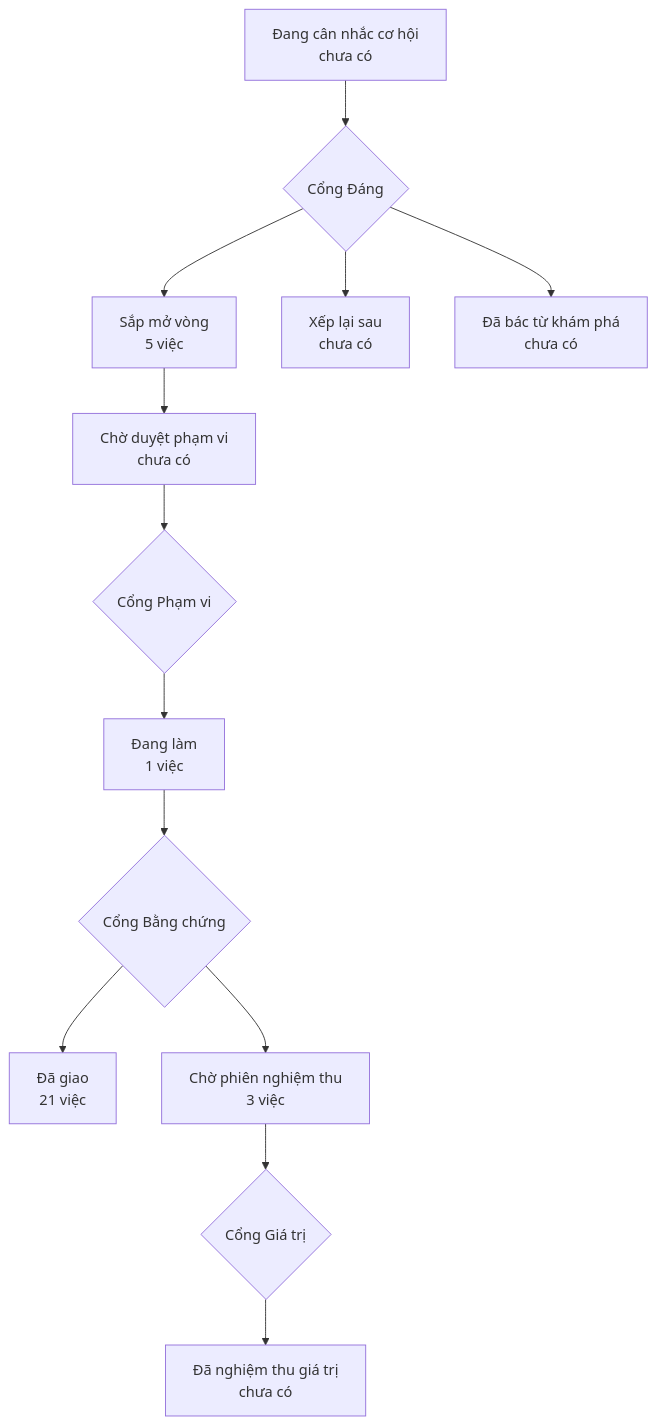
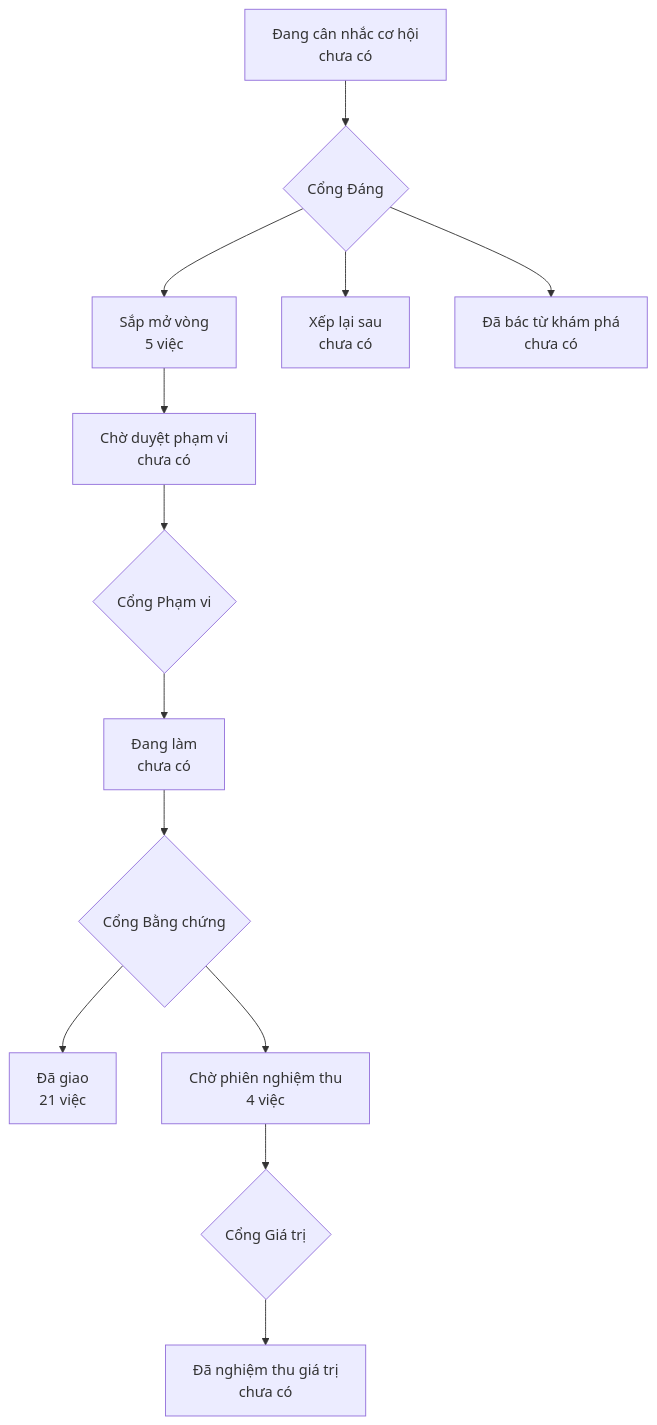
The diagram in PRODUCT-MAP.md (phanlemanh/onehub-invest), drawn with Mermaid before and after one commit. The commit also changed other lines of this file and 4 other files, not shown here.

````diff
--- a/PRODUCT-MAP.md
+++ b/PRODUCT-MAP.md
@@ -7,12 +7,12 @@
 ```mermaid
 flowchart TD
   A["Đang cân nhắc cơ hội<br/>chưa có"] --> GD{"Cổng Đáng"}
   GD --> B["Sắp mở vòng<br/>5 việc"]
   GD --> XL["Xếp lại sau<br/>chưa có"]
   GD --> DB["Đã bác từ khám phá<br/>chưa có"]
   B --> CD["Chờ duyệt phạm vi<br/>chưa có"] --> GP{"Cổng Phạm vi"}
-  GP --> DL["Đang làm<br/>1 việc"] --> GB{"Cổng Bằng chứng"}
+  GP --> DL["Đang làm<br/>chưa có"] --> GB{"Cổng Bằng chứng"}
   GB --> DG["Đã giao<br/>21 việc"]
-  GB --> CN["Chờ phiên nghiệm thu<br/>3 việc"] --> GG{"Cổng Giá trị"}
+  GB --> CN["Chờ phiên nghiệm thu<br/>4 việc"] --> GG{"Cổng Giá trị"}
   GG --> NT["Đã nghiệm thu giá trị<br/>chưa có"]
 ```
````
